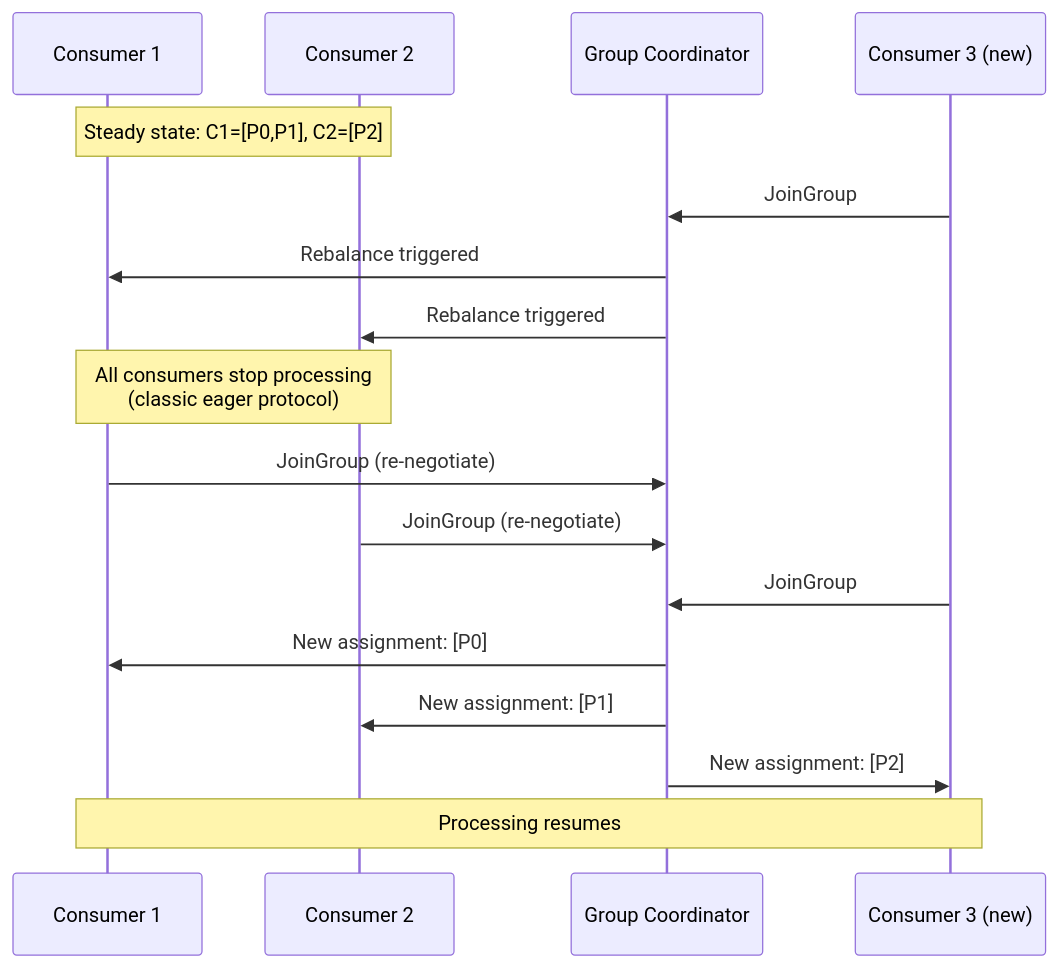
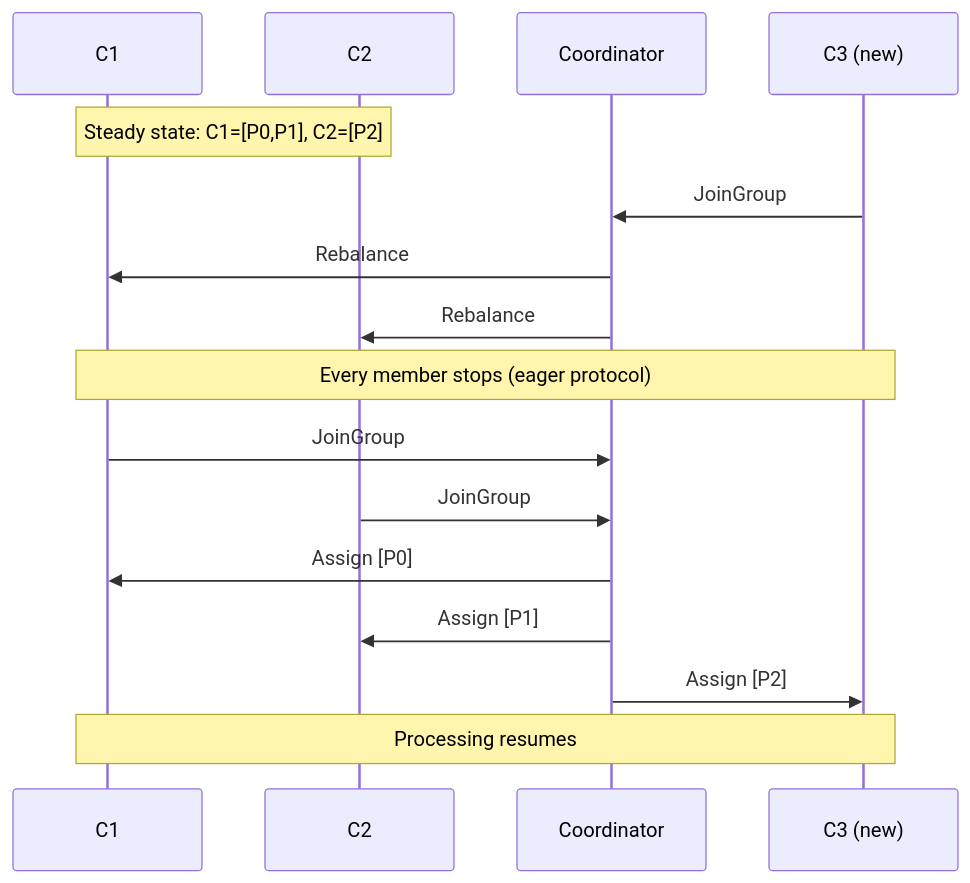
The fifth of 5 diagrams in docs/book/06-chaos-theory.md (bmscomp/kates), drawn with Mermaid before and after one commit. The commit also changed other lines of this file and 52 other files, not shown here.

````diff
--- a/docs/book/06-chaos-theory.md
+++ b/docs/book/06-chaos-theory.md
@@ -252,23 +230,22 @@
 ```mermaid
 %%| label: fig-chaos-eager-rebalance
 %%| fig-cap: "An eager rebalance: one new member makes every consumer in the group stop, rejoin and take a new assignment before processing resumes."
-%%| fig-alt: "Sequence diagram with consumers 1 and 2, the group coordinator and a new consumer 3. In steady state consumer 1 owns partitions 0 and 1 and consumer 2 owns partition 2. Consumer 3 sends JoinGroup, the coordinator triggers a rebalance on consumers 1 and 2, and all consumers stop processing. All three send JoinGroup, and the coordinator assigns partition 0 to consumer 1, partition 1 to consumer 2 and partition 2 to consumer 3. Processing resumes."
+%%| fig-alt: "Sequence diagram with consumers C1 and C2, the group coordinator and a new consumer C3. In steady state C1 owns partitions 0 and 1 and C2 owns partition 2. C3 sends JoinGroup, the coordinator tells C1 and C2 to rebalance, and every member stops processing. C1 and C2 send JoinGroup again, and the coordinator assigns partition 0 to C1, partition 1 to C2 and partition 2 to C3. Processing resumes."
 sequenceDiagram
-    participant C1 as Consumer 1
-    participant C2 as Consumer 2
-    participant Coord as Group Coordinator
-    participant C3 as Consumer 3 (new)
-    
+    participant C1
+    participant C2
+    participant Co as Coordinator
+    participant C3 as C3 (new)
+
     Note over C1,C2: Steady state: C1=[P0,P1], C2=[P2]
-    C3->>Coord: JoinGroup
-    Coord->>C1: Rebalance triggered
-    Coord->>C2: Rebalance triggered
-    Note over C1,C2: All consumers stop processing<br/>(classic eager protocol)
-    C1->>Coord: JoinGroup (re-negotiate)
-    C2->>Coord: JoinGroup (re-negotiate)
-    C3->>Coord: JoinGroup
-    Coord->>C1: New assignment: [P0]
-    Coord->>C2: New assignment: [P1]
-    Coord->>C3: New assignment: [P2]
+    C3->>Co: JoinGroup
+    Co->>C1: Rebalance
+    Co->>C2: Rebalance
+    Note over C1,C3: Every member stops (eager protocol)
+    C1->>Co: JoinGroup
+    C2->>Co: JoinGroup
+    Co->>C1: Assign [P0]
+    Co->>C2: Assign [P1]
+    Co->>C3: Assign [P2]
     Note over C1,C3: Processing resumes
 ```
````
